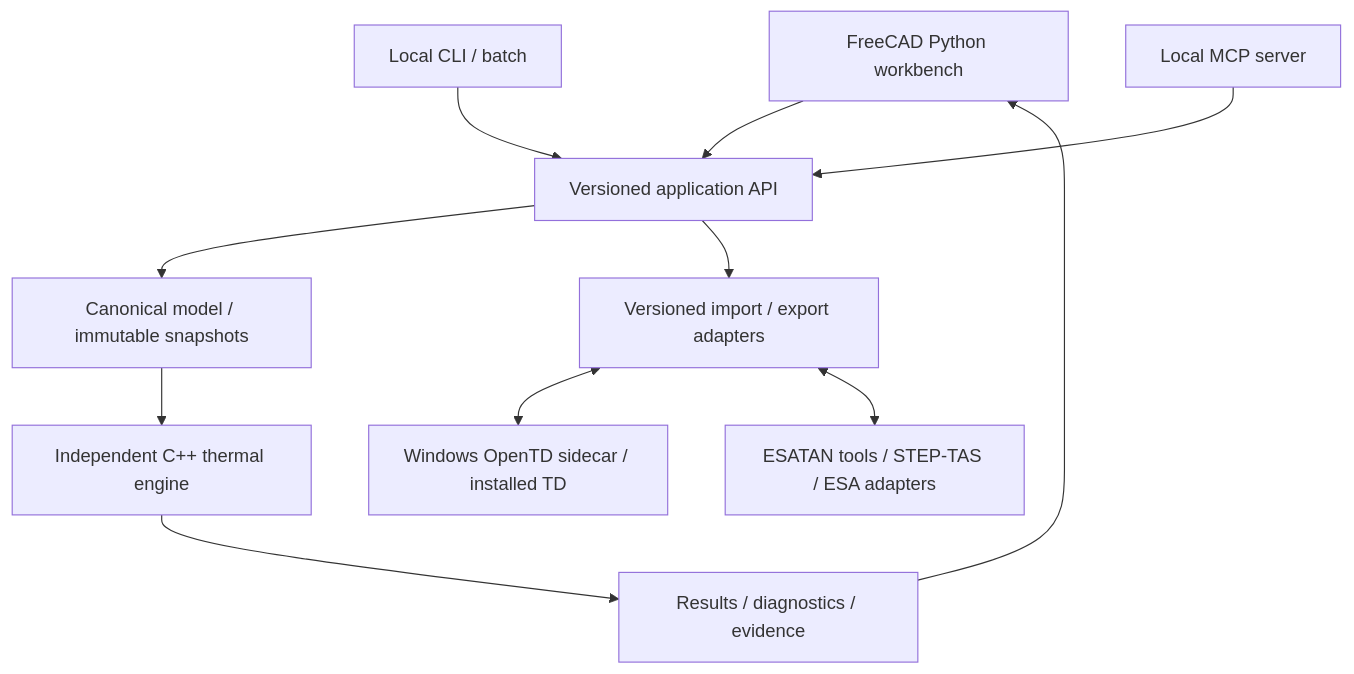
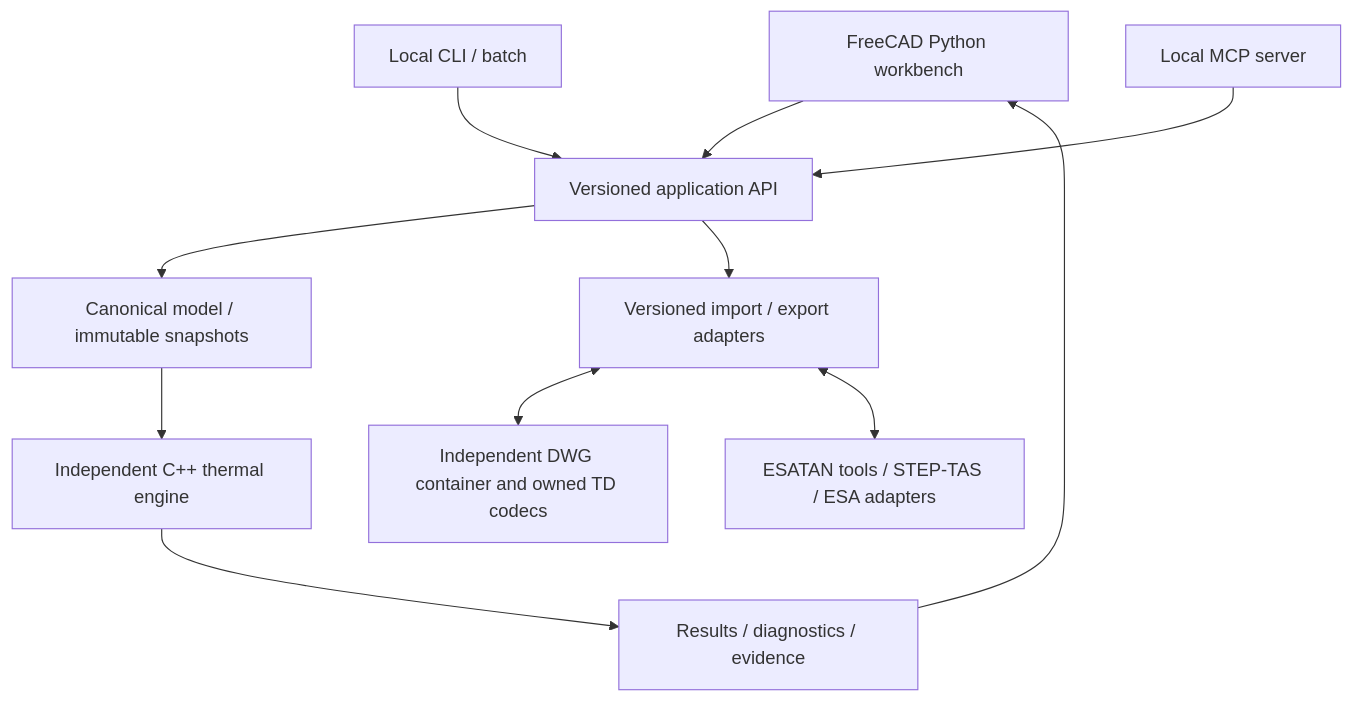
Before and after one commit to Bored-Anarchist/freecad-space-thermal: the diagram in spec/FreeCAD-Space-Thermal-Specification.md, drawn with Mermaid. The commit also changed other lines of this file and 24 other files, not shown here.

Commit message:
Require independent TD import and export with audited DWG research

````diff
--- a/spec/FreeCAD-Space-Thermal-Specification.md
+++ b/spec/FreeCAD-Space-Thermal-Specification.md
@@ -89,13 +91,13 @@
 ```mermaid
 flowchart TB
     GUI[FreeCAD Python workbench] --> API[Versioned application API]
     CLI[Local CLI / batch] --> API
     MCP[Local MCP server] --> API
     API --> MODEL[Canonical model / immutable snapshots]
     MODEL --> ENGINE[Independent C++ thermal engine]
     ENGINE --> RESULTS[Results / diagnostics / evidence]
     RESULTS --> GUI
     API --> ADAPTERS[Versioned import / export adapters]
-    ADAPTERS <--> TD[Windows OpenTD sidecar / installed TD]
+    ADAPTERS <--> TD[Independent DWG container and owned TD codecs]
     ADAPTERS <--> ESA[ESATAN tools / STEP-TAS / ESA adapters]
 ```
````
